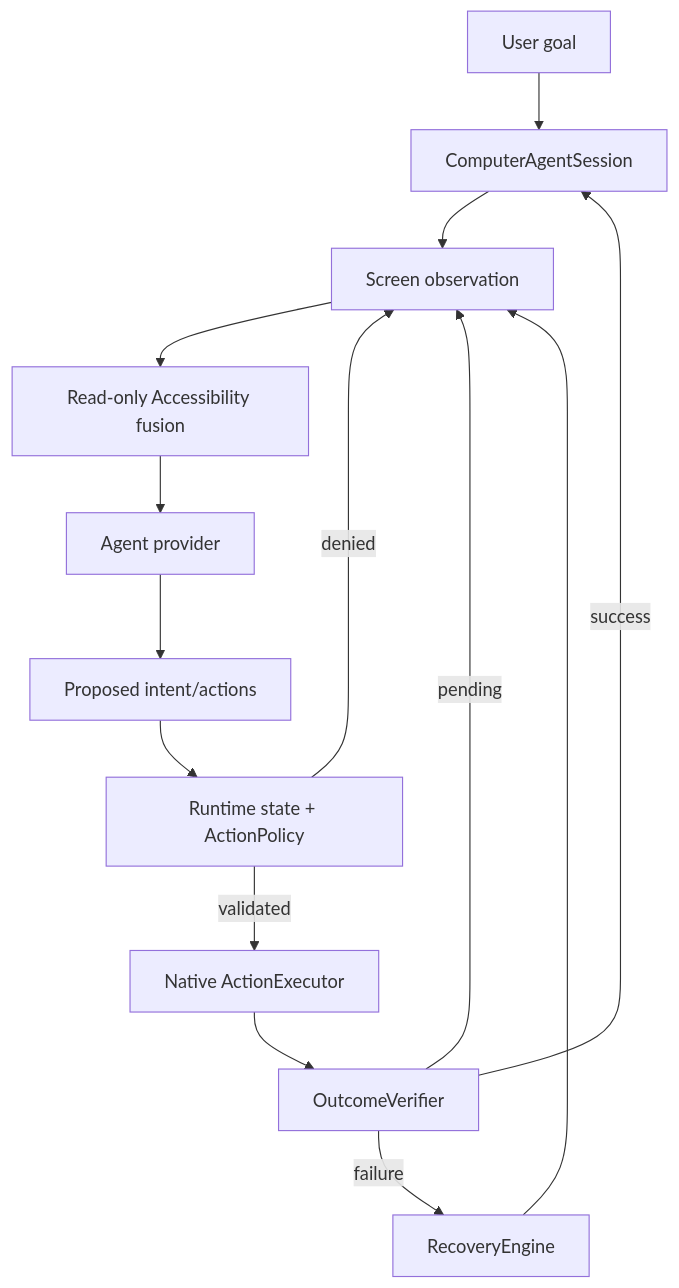
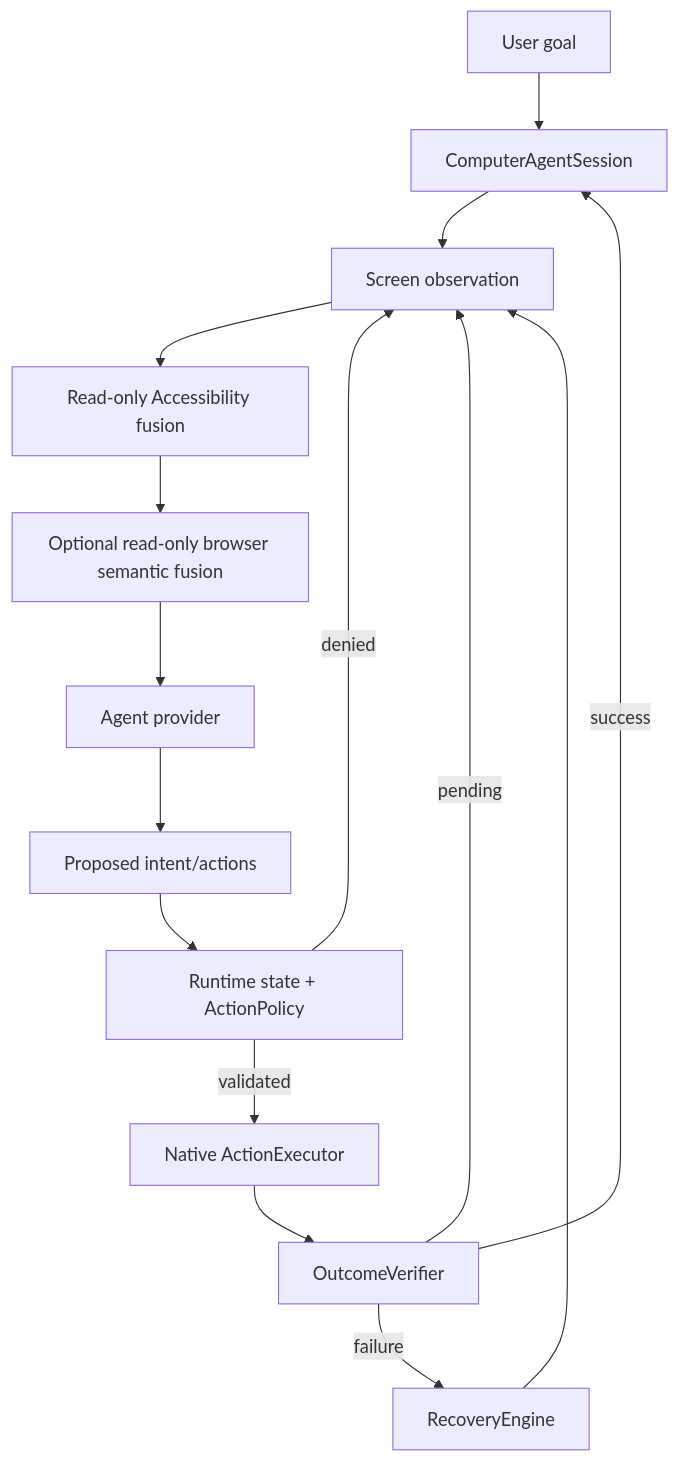
One commit to senoldogann/akilli-asistan changed the diagram in README.md. Above: the diagram before and after it, drawn with Mermaid. The commit also changed other lines of this file and 14 other files, not shown here.

First line of the commit message:
feat: add browser semantic observation fusion (#22)

````diff
--- a/README.md
+++ b/README.md
@@ -35,16 +36,17 @@
 ```mermaid
 flowchart TD
     G[User goal] --> S[ComputerAgentSession]
     S --> O[Screen observation]
-    O --> F[Read-only Accessibility fusion]
-    F --> P[Agent provider]
+    O --> A[Read-only Accessibility fusion]
+    A --> B[Optional read-only browser semantic fusion]
+    B --> P[Agent provider]
     P --> I[Proposed intent/actions]
     I --> R[Runtime state + ActionPolicy]
     R -->|denied| O
     R -->|validated| E[Native ActionExecutor]
     E --> V[OutcomeVerifier]
     V -->|success| S
     V -->|pending| O
     V -->|failure| C[RecoveryEngine]
     C --> O
 ```
````
